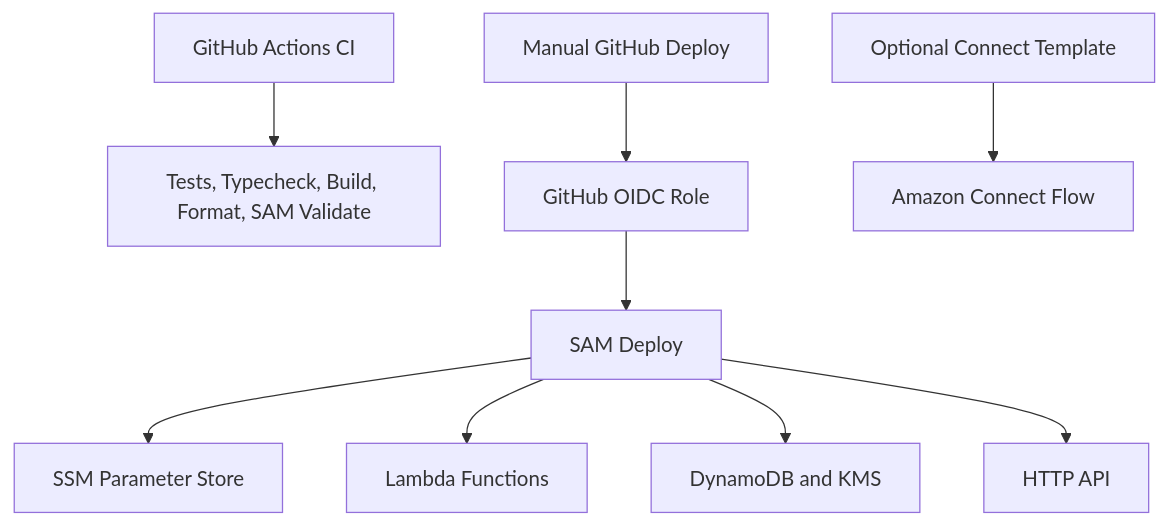
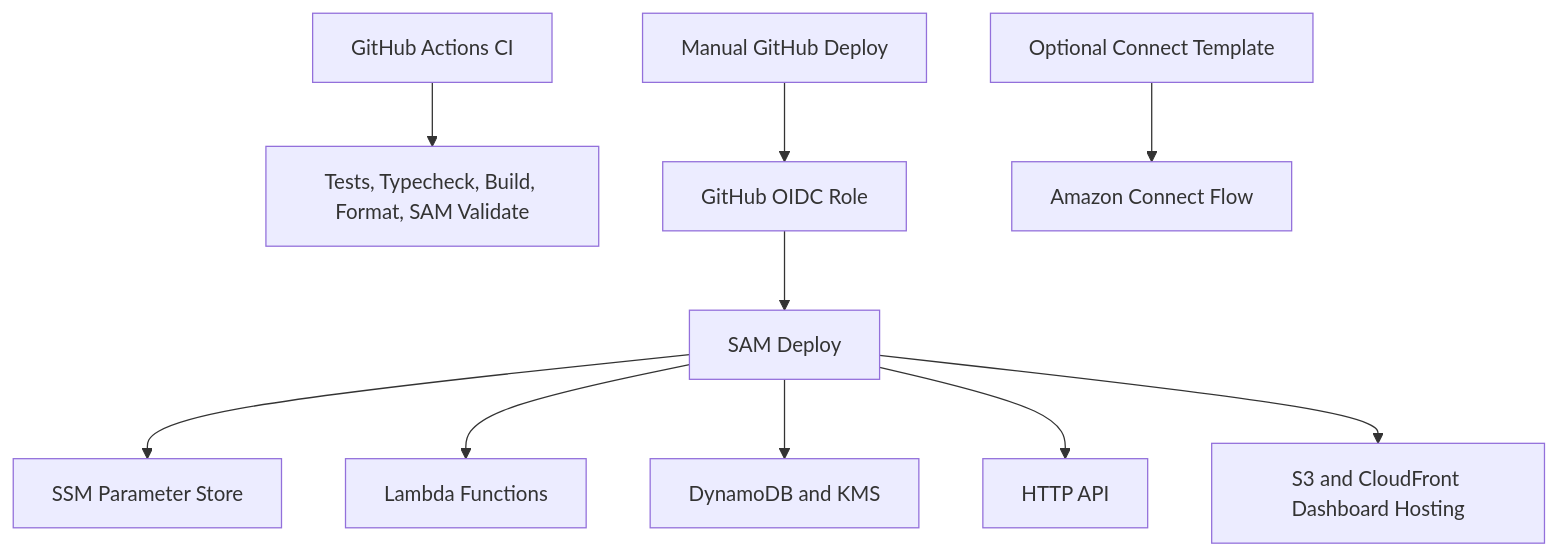
One commit to SagoBno/vanity-number-app changed the second of 2 diagrams in docs/architecture.md. Above: the diagram before and after it, drawn with Mermaid. The commit also changed other lines of this file and 17 other files, not shown here.

````diff
--- a/docs/architecture.md
+++ b/docs/architecture.md
@@ -23,11 +26,12 @@
 ```mermaid
 flowchart TD
     CI[GitHub Actions CI] --> Checks[Tests, Typecheck, Build, Format, SAM Validate]
     Deploy[Manual GitHub Deploy] --> OIDC[GitHub OIDC Role]
     OIDC --> SAM[SAM Deploy]
     SAM --> SSM[SSM Parameter Store]
     SAM --> Lambda[Lambda Functions]
     SAM --> Dynamo[DynamoDB and KMS]
     SAM --> HttpApi[HTTP API]
+    SAM --> Hosting[S3 and CloudFront Dashboard Hosting]
     ConnectTemplate[Optional Connect Template] --> Connect[Amazon Connect Flow]
 ```
````
